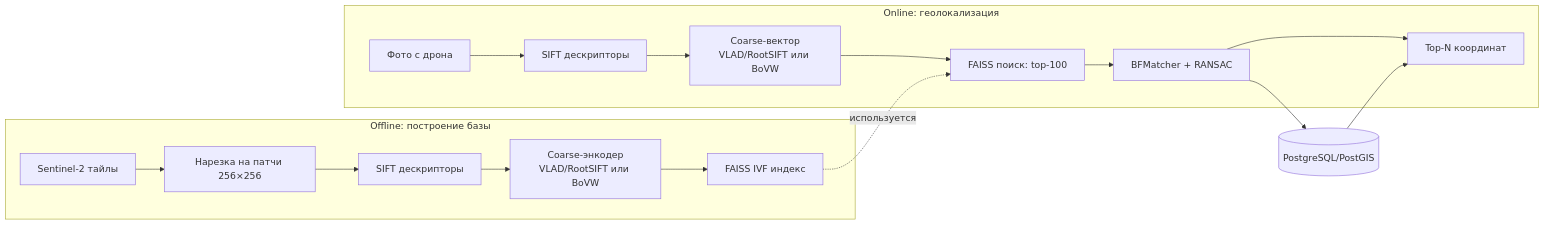
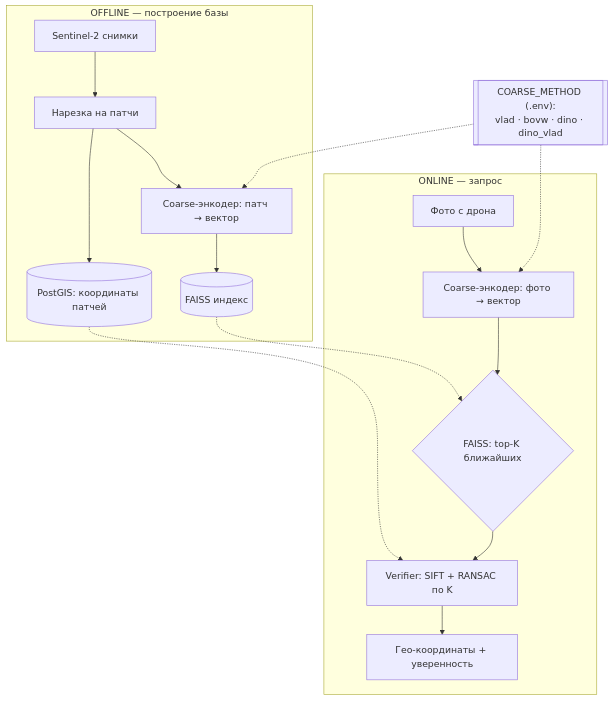
The first of 2 diagrams in README.md (egorus1442/search-geo), drawn with Mermaid before and after one commit. The commit also changed other lines of this file and 12 other files, not shown here.

````diff
--- a/README.md
+++ b/README.md
@@ -17,21 +17,22 @@
 ```mermaid
-flowchart LR
-    subgraph offline["Offline: построение базы"]
-        S2[Sentinel-2 тайлы] --> Cut[Нарезка на патчи 256×256]
-        Cut --> Feat1[SIFT дескрипторы]
-        Feat1 --> Vocab[Coarse-энкодер<br/>VLAD/RootSIFT или BoVW]
-        Vocab --> Idx[FAISS IVF индекс]
+flowchart TB
+    subgraph OFFLINE["OFFLINE — построение базы"]
+        S1[Sentinel-2 снимки] --> S2[Нарезка на патчи]
+        S2 --> S3[Coarse-энкодер: патч → вектор]
+        S3 --> S4[(FAISS индекс)]
+        S2 --> S5[(PostGIS: координаты патчей)]
     end
 
-    subgraph online["Online: геолокализация"]
-        Photo[Фото с дрона] --> Feat2[SIFT дескрипторы]
-        Feat2 --> BoVW2[Coarse-вектор<br/>VLAD/RootSIFT или BoVW]
-        BoVW2 --> Search[FAISS поиск: top-100]
-        Search --> Match[BFMatcher + RANSAC]
-        Match --> Result[Top-N координат]
+    subgraph ONLINE["ONLINE — запрос"]
+        Q1[Фото с дрона] --> Q2[Coarse-энкодер: фото → вектор]
+        Q2 --> Q3{FAISS: top-K ближайших}
+        Q3 --> Q4[Verifier: SIFT + RANSAC по K]
+        Q4 --> Q5[Гео-координаты + уверенность]
     end
 
-    Idx -.используется.-> Search
-    Match --> DB[(PostgreSQL/PostGIS)]
-    DB --> Result
+    S4 -.-> Q3
+    S5 -.-> Q4
+
+    C[["COARSE_METHOD (.env):<br/>vlad · bovw · dino · dino_vlad"]] -.-> S3
+    C -.-> Q2
 ```
````
